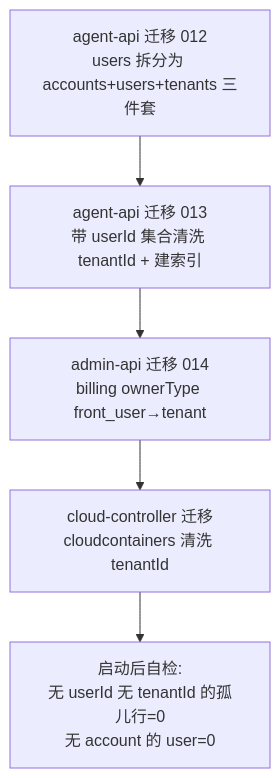
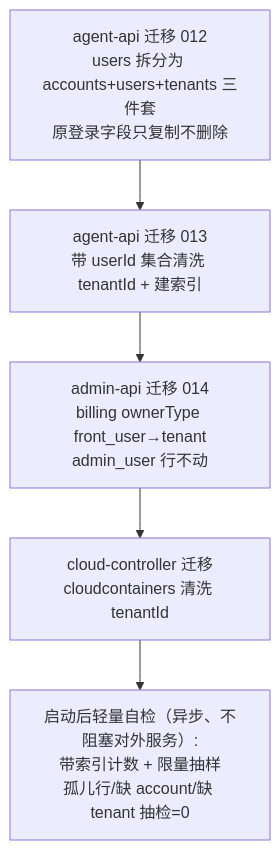
Before and after one commit to Deliay/z-agent-gear: the sixth of 6 diagrams in docs/engineering/proposals/20261027-feat-multi-tenant-phase1.md, drawn with Mermaid. The commit also changed other lines of this file and 3 other files, not shown here.

````diff
--- a/docs/engineering/proposals/20261027-feat-multi-tenant-phase1.md
+++ b/docs/engineering/proposals/20261027-feat-multi-tenant-phase1.md
@@ -367,7 +380,7 @@
 ```mermaid
 flowchart TD
-    M1[agent-api 迁移 012<br/>users 拆分为 accounts+users+tenants 三件套] --> M2[agent-api 迁移 013<br/>带 userId 集合清洗 tenantId + 建索引]
-    M2 --> M3[admin-api 迁移 014<br/>billing ownerType front_user→tenant]
+    M1[agent-api 迁移 012<br/>users 拆分为 accounts+users+tenants 三件套<br/>原登录字段只复制不删除] --> M2[agent-api 迁移 013<br/>带 userId 集合清洗 tenantId + 建索引]
+    M2 --> M3[admin-api 迁移 014<br/>billing ownerType front_user→tenant<br/>admin_user 行不动]
     M3 --> M4[cloud-controller 迁移<br/>cloudcontainers 清洗 tenantId]
-    M4 --> V[启动后自检:<br/>无 userId 无 tenantId 的孤儿行=0<br/>无 account 的 user=0]
+    M4 --> V[启动后轻量自检（异步、不阻塞对外服务）:<br/>带索引计数 + 限量抽样<br/>孤儿行/缺 account/缺 tenant 抽检=0]
 ```
````
